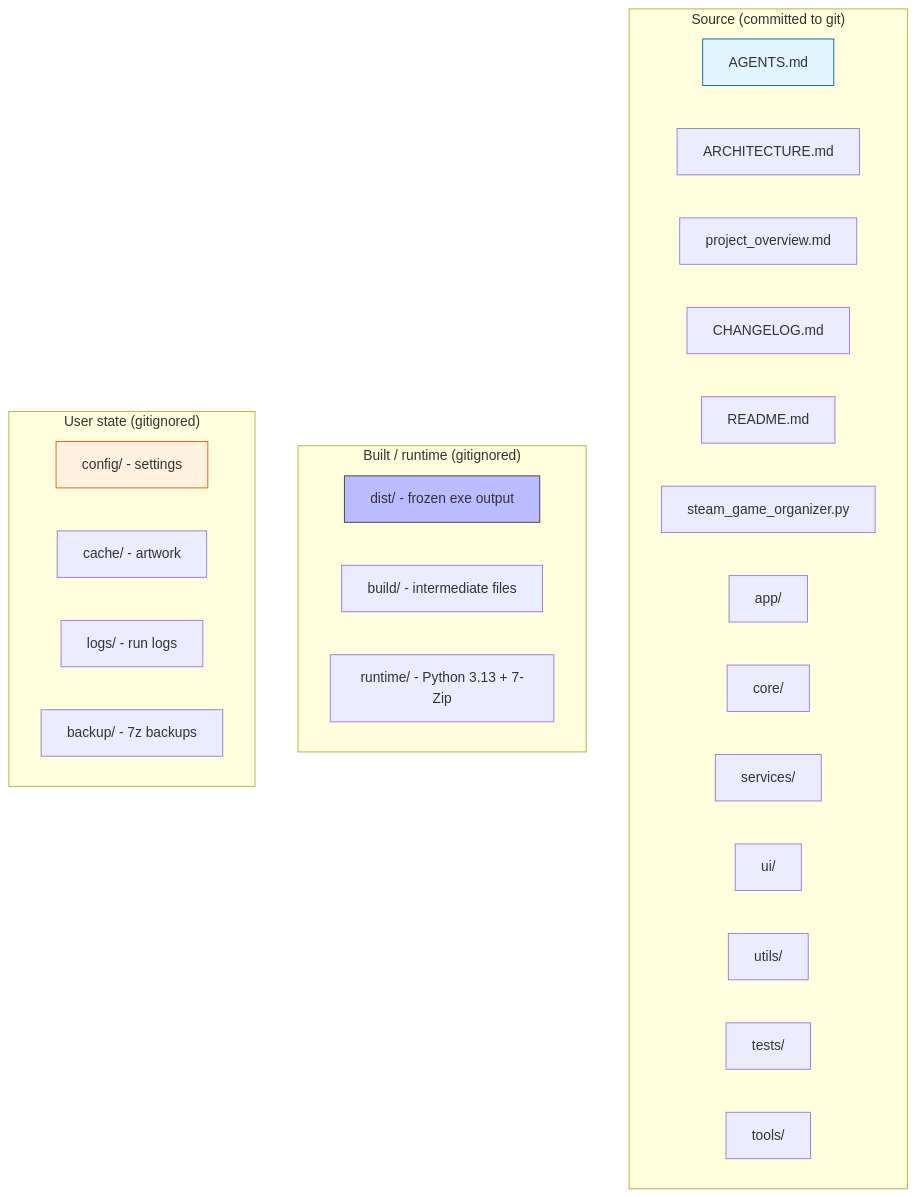
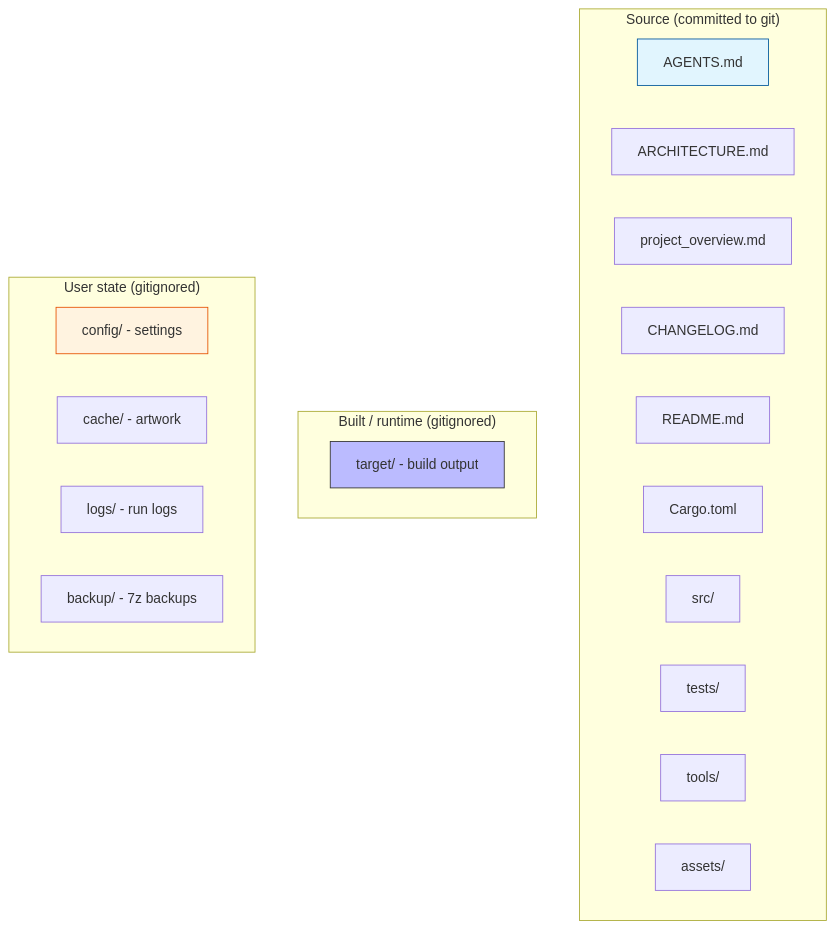
Before and after one commit to smd3235/steam-game-organizer: the second of 2 diagrams in README.md, drawn with Mermaid. The commit also changed other lines of this file and 10 other files, not shown here.

````diff
--- a/README.md
+++ b/README.md
@@ -680,35 +222,30 @@
 ```mermaid
 flowchart TD
     subgraph "Source (committed to git)"
     S1[AGENTS.md]
     S2[ARCHITECTURE.md]
     S3[project_overview.md]
     S4[CHANGELOG.md]
     S5[README.md]
-    S6[steam_game_organizer.py]
-    S7[app/]
-    S8[core/]
-    S9[services/]
-    S10[ui/]
-    S11[utils/]
-    S12[tests/]
-    S13[tools/]
+    S6[Cargo.toml]
+    S7[src/]
+    S8[tests/]
+    S9[tools/]
+    S10[assets/]
     end
 
     subgraph "Built / runtime (gitignored)"
-    R1[dist/ - frozen exe output]
-    R2[build/ - intermediate files]
-    R3[runtime/ - Python 3.13 + 7-Zip]
+    R1[target/ - build output]
     end
 
     subgraph "User state (gitignored)"
     U1[config/ - settings]
     U2[cache/ - artwork]
     U3[logs/ - run logs]
     U4[backup/ - 7z backups]
     end
 
     style S1 fill:#e1f5fe,stroke:#01579b
     style R1 fill:#bbf,stroke:#333
     style U1 fill:#fff3e0,stroke:#e65100
 ```
````
